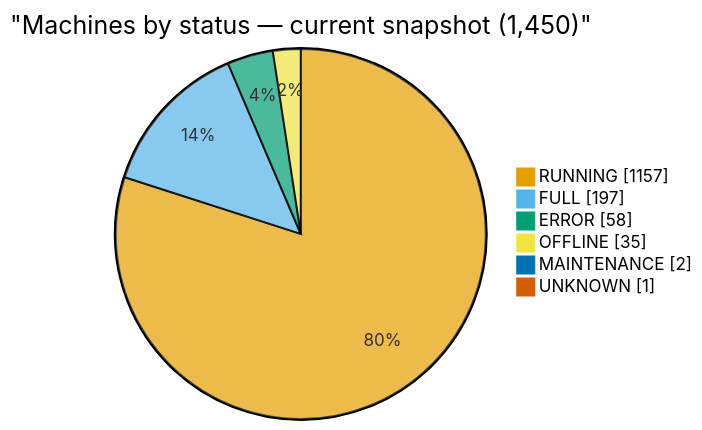
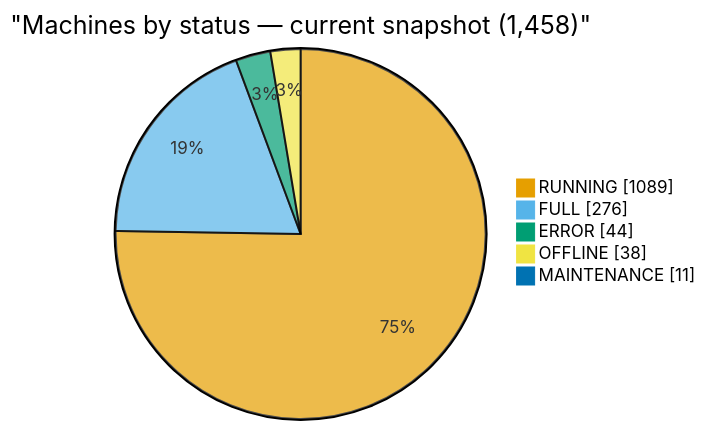
The first of 5 diagrams in ANALYSIS.md (cheeaun/returnright-data), drawn with Mermaid before and after one commit. The commit also changed other lines of this file and 4 other files, not shown here.

````diff
--- a/ANALYSIS.md
+++ b/ANALYSIS.md
@@ -22,22 +22,21 @@
 ```mermaid
 ---
 config:
   themeVariables:
     pie1: "#E69F00"
     pie2: "#56B4E9"
     pie3: "#009E73"
     pie4: "#F0E442"
     pie5: "#0072B2"
     pie6: "#D55E00"
     pie7: "#CC79A7"
     pie8: "#999999"
 ---
 pie showData
-    title "Machines by status — current snapshot (1,450)"
-    "RUNNING": 1157
-    "FULL": 197
-    "ERROR": 58
-    "OFFLINE": 35
-    "MAINTENANCE": 2
-    "UNKNOWN": 1
+    title "Machines by status — current snapshot (1,458)"
+    "RUNNING": 1089
+    "FULL": 276
+    "ERROR": 44
+    "OFFLINE": 38
+    "MAINTENANCE": 11
 ```
````
